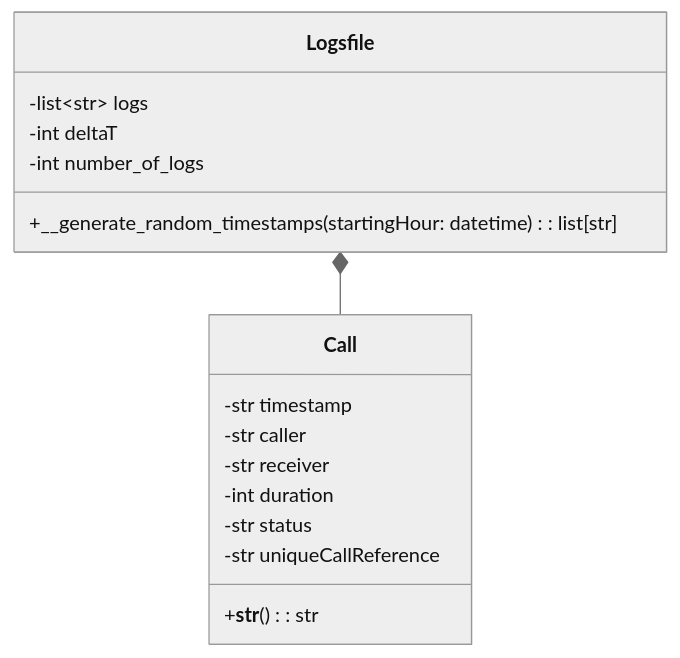
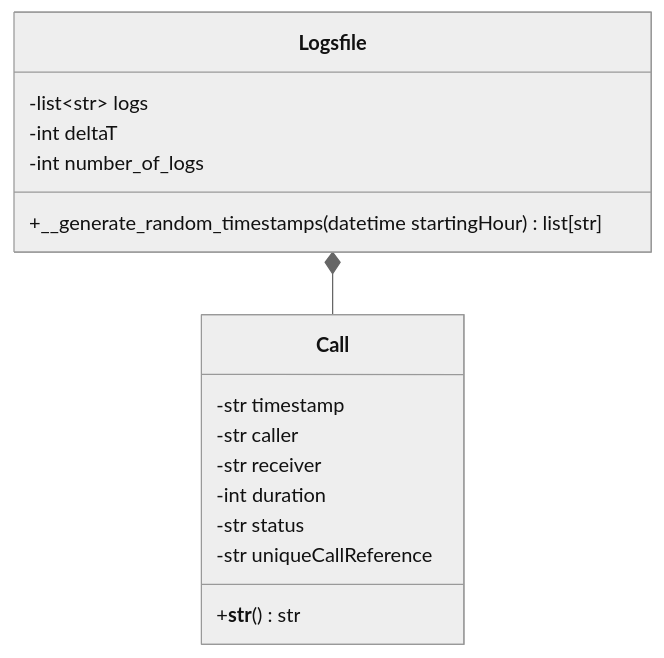
The fourth of 5 diagrams in docs/drs.md (Davide-OttoneCasagrande/Call-Log-Handler), drawn with Mermaid (neutral theme) before and after one commit. The commit also changed other lines of this file and 8 other files, not shown here.

```diff
--- a/docs/drs.md
+++ b/docs/drs.md
@@ -253,21 +286,21 @@
 ::: mermaid
 classDiagram
-    Logsfile *-- Call
-    
-class Call {
-        -str timestamp
-        -str caller
-        -str receiver
-        -int duration
-        -str status
-        -str uniqueCallReference
-        +__str__() : str
-    }
+  Logsfile *-- Call
 
-    class Logsfile {
-        -list~str~ logs
-        -int deltaT
-        -int number_of_logs
-        +__generate_random_timestamps(startingHour: datetime) : list[str]
-    }
+  class Call {
+    -str timestamp
+    -str caller
+    -str receiver
+    -int duration
+    -str status
+    -str uniqueCallReference
+    +__str__() str
+  }
+
+  class Logsfile {
+    -list~str~ logs
+    -int deltaT
+    -int number_of_logs
+    +__generate_random_timestamps(datetime startingHour) list[str]
+  }
 :::
```
